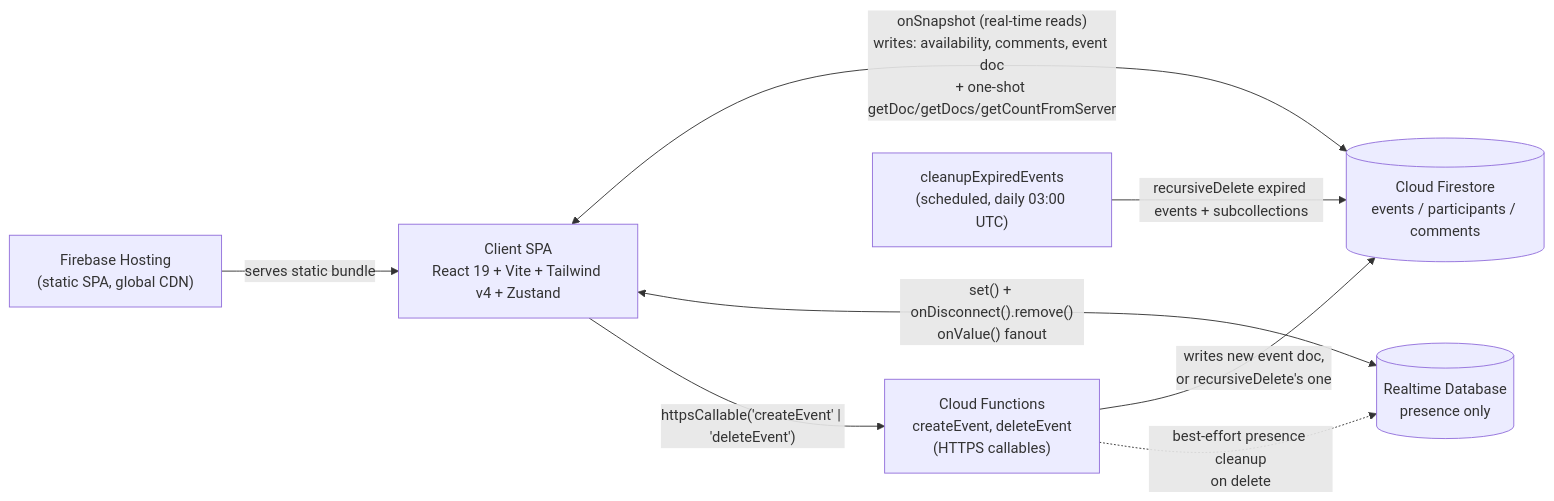
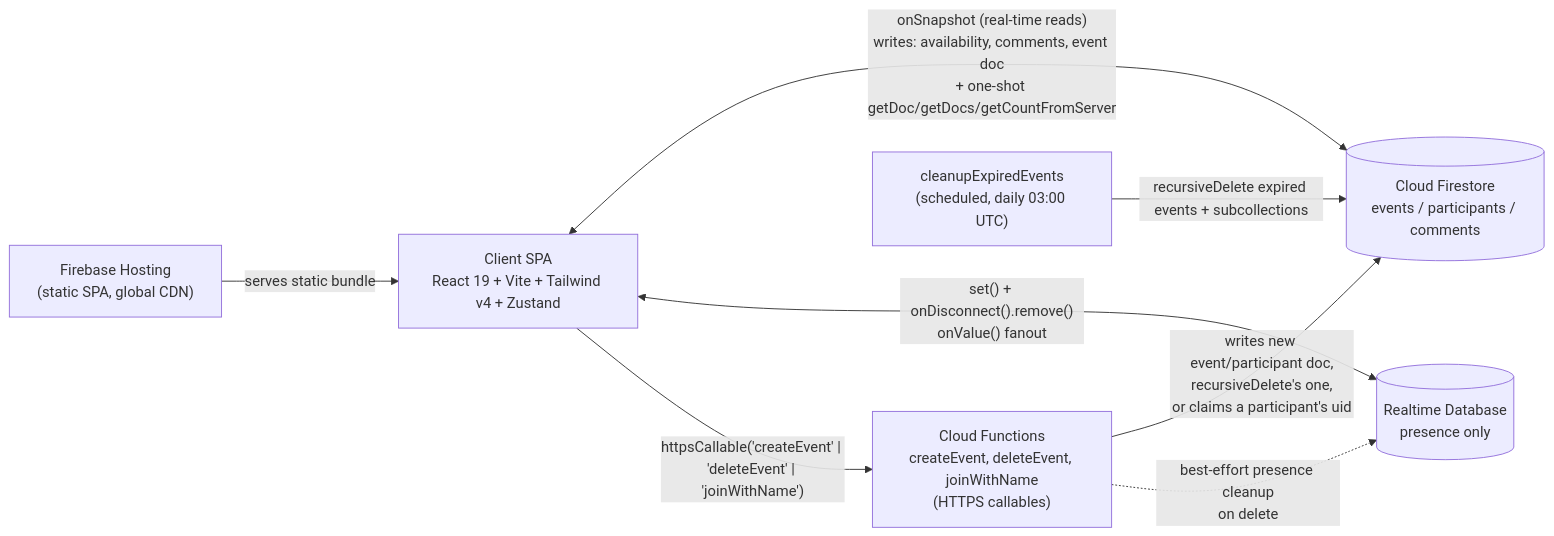
The first of 2 diagrams in docs/architecture.md (chlgustjr41/schedule2gather), drawn with Mermaid before and after one commit. The commit also changed other lines of this file and 3 other files, not shown here.

````diff
--- a/docs/architecture.md
+++ b/docs/architecture.md
@@ -19,17 +22,17 @@
 ```mermaid
 flowchart LR
   Client["Client SPA<br/>React 19 + Vite + Tailwind v4 + Zustand"]
   Hosting["Firebase Hosting<br/>(static SPA, global CDN)"]
   Firestore[("Cloud Firestore<br/>events / participants / comments")]
   RTDB[("Realtime Database<br/>presence only")]
-  Functions["Cloud Functions<br/>createEvent, deleteEvent<br/>(HTTPS callables)"]
+  Functions["Cloud Functions<br/>createEvent, deleteEvent, joinWithName<br/>(HTTPS callables)"]
   Scheduler["cleanupExpiredEvents<br/>(scheduled, daily 03:00 UTC)"]
 
   Hosting -- "serves static bundle" --> Client
   Client <-- "onSnapshot (real-time reads)<br/>writes: availability, comments, event doc<br/>+ one-shot getDoc/getDocs/getCountFromServer" --> Firestore
   Client <-- "set() + onDisconnect().remove()<br/>onValue() fanout" --> RTDB
-  Client -- "httpsCallable('createEvent' | 'deleteEvent')" --> Functions
-  Functions -- "writes new event doc,<br/>or recursiveDelete's one" --> Firestore
+  Client -- "httpsCallable('createEvent' | 'deleteEvent' | 'joinWithName')" --> Functions
+  Functions -- "writes new event/participant doc,<br/>recursiveDelete's one,<br/>or claims a participant's uid" --> Firestore
   Functions -. "best-effort presence cleanup<br/>on delete" .-> RTDB
   Scheduler -- "recursiveDelete expired events + subcollections" --> Firestore
 ```
````
